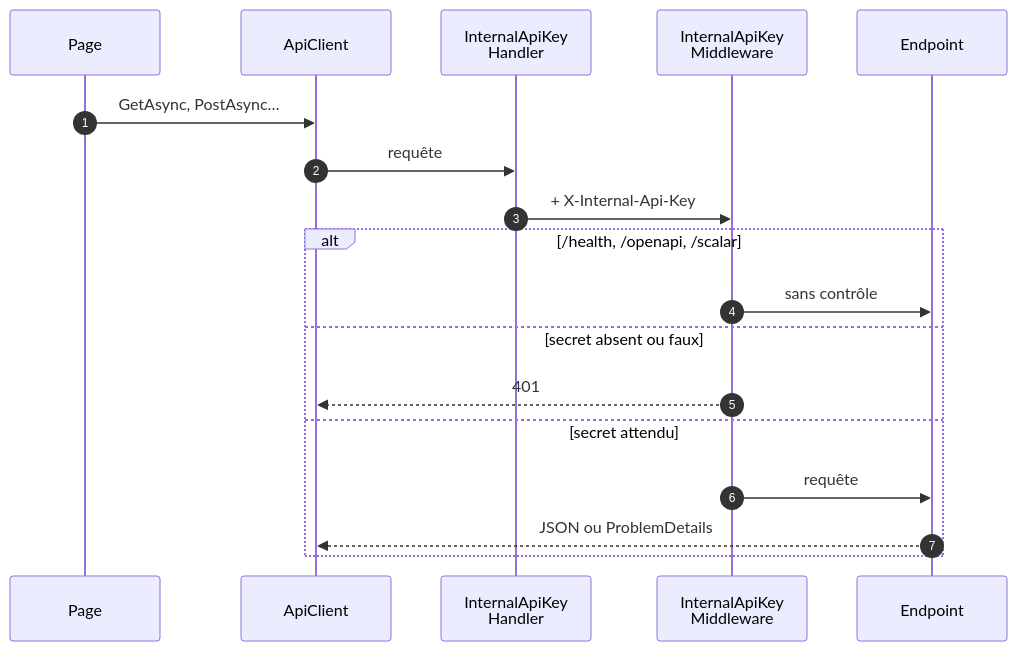
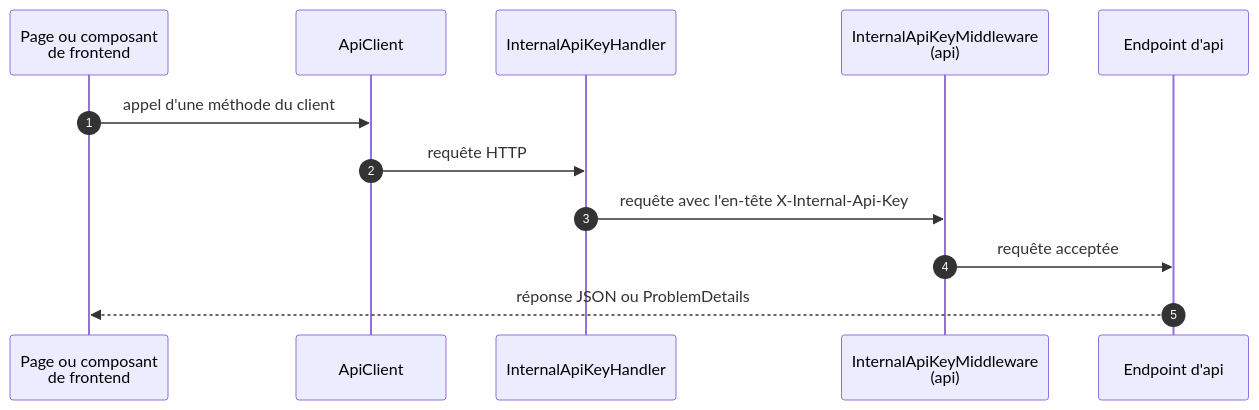
One commit to Tetram76/bdtheque-claude changed the third of 3 diagrams in docs/tech/mecanismes/authentification-et-appels-internes.md. Above: the diagram before and after it, drawn with Mermaid. The commit also changed other lines of this file and 6 other files, not shown here.

````diff
--- a/docs/tech/mecanismes/authentification-et-appels-internes.md
+++ b/docs/tech/mecanismes/authentification-et-appels-internes.md
@@ -61,21 +66,15 @@
 ```mermaid
 sequenceDiagram
     autonumber
-    participant page as Page
+    participant page as Page ou composant<br/>de frontend
     participant client as ApiClient
-    participant handler as InternalApiKey<br/>Handler
-    participant middleware as InternalApiKey<br/>Middleware
-    participant endpoint as Endpoint
+    participant handler as InternalApiKeyHandler
+    participant middleware as InternalApiKeyMiddleware<br/>(api)
+    participant endpoint as Endpoint d'api
 
-    page->>client: GetAsync, PostAsync…
-    client->>handler: requête
-    handler->>middleware: + X-Internal-Api-Key
-    alt /health, /openapi, /scalar
-        middleware->>endpoint: sans contrôle
-    else secret absent ou faux
-        middleware-->>client: 401
-    else secret attendu
-        middleware->>endpoint: requête
-        endpoint-->>client: JSON ou ProblemDetails
-    end
+    page->>client: appel d'une méthode du client
+    client->>handler: requête HTTP
+    handler->>middleware: requête avec l'en-tête X-Internal-Api-Key
+    middleware->>endpoint: requête acceptée
+    endpoint-->>page: réponse JSON ou ProblemDetails
 ```
````
